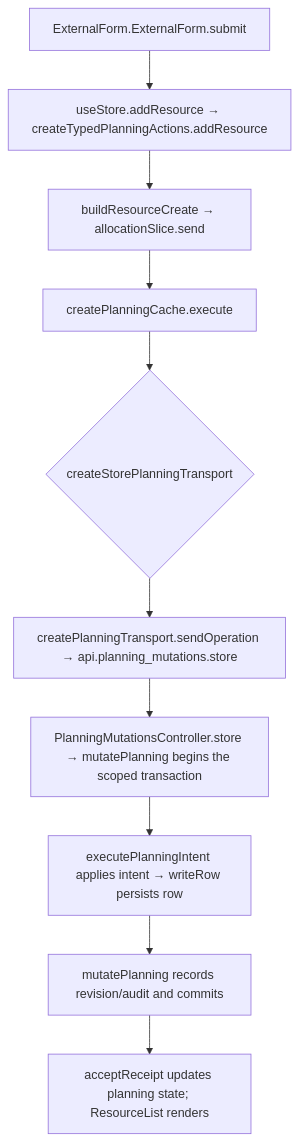
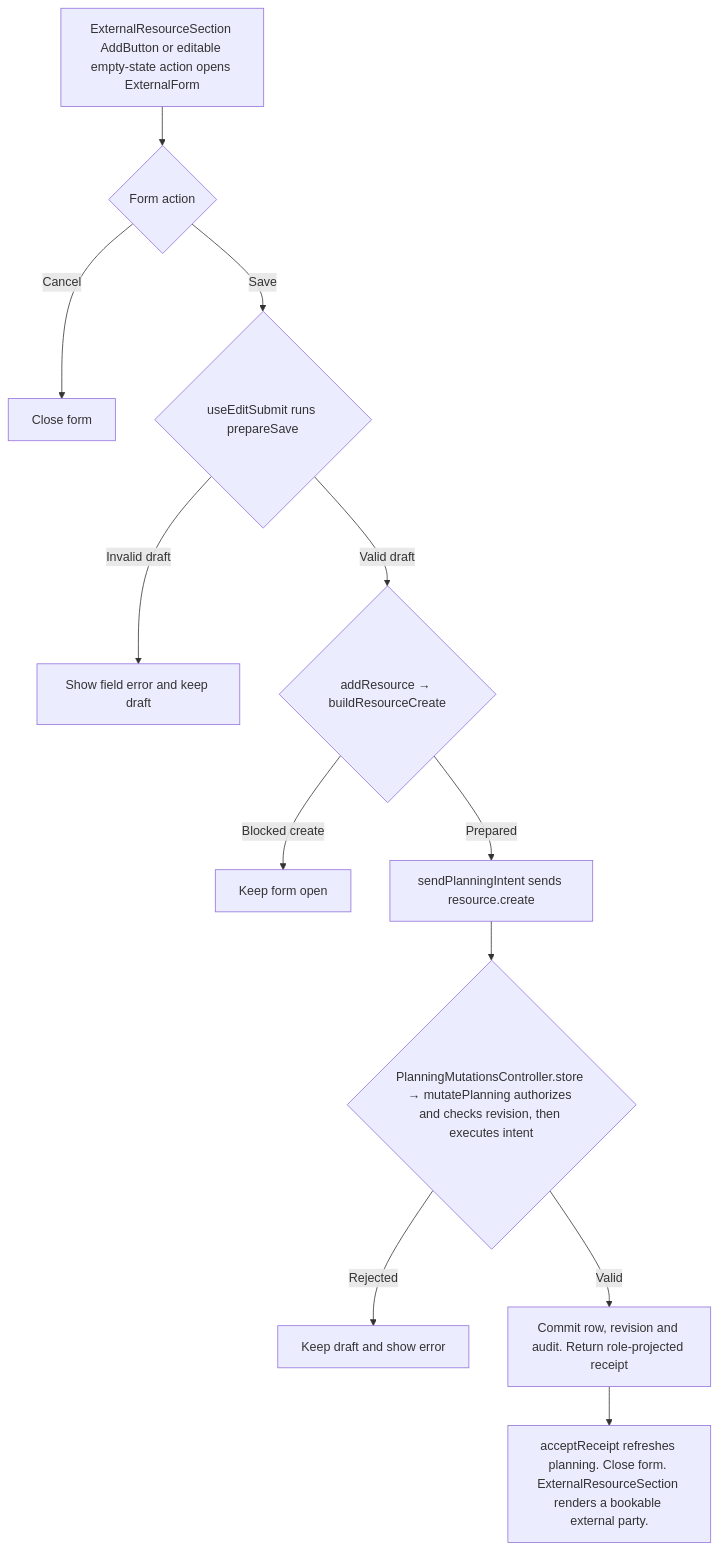
One commit to Kevinjohn/capacitylens changed the second of 2 diagrams in user-stories/resources/US-RES-12-add-external-party.md. Above: the diagram before and after it, drawn with Mermaid. The commit also changed other lines of this file and 172 other files, not shown here.

Commit message:
docs: reconcile user story code flows with source

````diff
--- a/user-stories/resources/US-RES-12-add-external-party.md
+++ b/user-stories/resources/US-RES-12-add-external-party.md
@@ -34,8 +34,14 @@
 ```mermaid
 flowchart TD
-  A["ExternalForm.ExternalForm.submit"] --> B["useStore.addResource → createTypedPlanningActions.addResource"]
-  B --> C["buildResourceCreate → allocationSlice.send"]
-  C --> D["createPlanningCache.execute"] --> E{"createStorePlanningTransport"}
-  E --> F["createPlanningTransport.sendOperation → api.planning_mutations.store"] --> G["PlanningMutationsController.store → mutatePlanning begins the scoped transaction"]
-  G --> H["executePlanningIntent applies intent → writeRow persists row"] --> K["mutatePlanning records revision/audit and commits"] --> J["acceptReceipt updates planning state; ResourceList renders"]
+  ENTRY["ExternalResourceSection AddButton or editable empty-state action opens ExternalForm"] --> ACTION{"Form action"}
+  ACTION -->|Cancel| CLOSE["Close form"]
+  ACTION -->|Save| FORM{"useEditSubmit runs prepareSave"}
+  FORM -->|Invalid draft| FIELD["Show field error and keep draft"]
+  FORM -->|Valid draft| CREATE{"addResource → buildResourceCreate"}
+  CREATE -->|Blocked create| OPEN["Keep form open"]
+  CREATE -->|Prepared| SEND["sendPlanningIntent sends resource.create"]
+  SEND --> SERVER{"PlanningMutationsController.store → mutatePlanning authorizes and checks revision, then executes intent"}
+  SERVER -->|Rejected| ERROR["Keep draft and show error"]
+  SERVER -->|Valid| COMMIT["Commit row, revision and audit. Return role-projected receipt"]
+  COMMIT --> DONE["acceptReceipt refreshes planning. Close form. ExternalResourceSection renders a bookable external party."]
 ```
````
